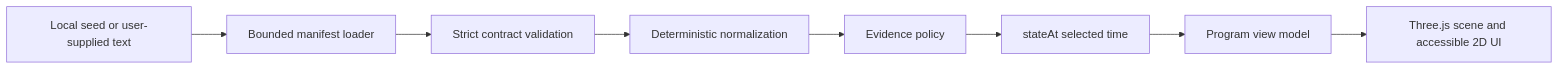
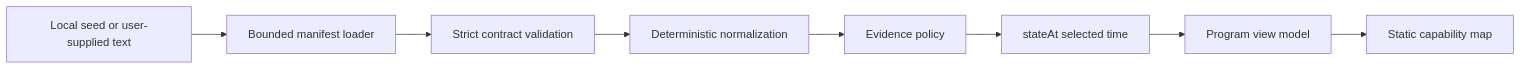
The diagram in docs/aim/REPO_INTEGRATION_NOTES.md (paulmalmquist/agent_builder), drawn with Mermaid before and after one commit. The commit also changed other lines of this file and 215 other files, not shown here.

````diff
--- a/docs/aim/REPO_INTEGRATION_NOTES.md
+++ b/docs/aim/REPO_INTEGRATION_NOTES.md
@@ -50,10 +22,10 @@
 ```mermaid
 flowchart LR
     A[Local seed or user-supplied text] --> L[Bounded manifest loader]
     L --> V[Strict contract validation]
     V --> N[Deterministic normalization]
     N --> E[Evidence policy]
     E --> S[stateAt selected time]
     S --> M[Program view model]
-    M --> R[Three.js scene and accessible 2D UI]
+    M --> U[Static capability map]
 ```
````
